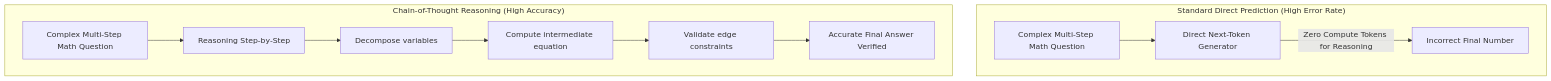
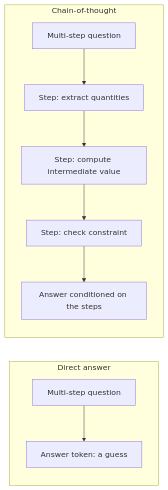
Diagram 12 of 28 in README.md (TheLearningHubOrg/learn-prompt-engineering), drawn with Mermaid before and after one commit. The commit also changed other lines of this file and 39 other files, not shown here.

````diff
--- a/README.md
+++ b/README.md
@@ -241,15 +1146,12 @@
 ```mermaid
-graph TD
-    subgraph "Standard Direct Prediction (High Error Rate)"
-        Q1["Complex Multi-Step Math Question"] --> LLM1["Direct Next-Token Generator"]
-        LLM1 -->|"Zero Compute Tokens for Reasoning"| A1["Incorrect Final Number"]
+flowchart LR
+    subgraph Direct["Direct answer"]
+        Q1["Multi-step question"] --> A1["Answer token: a guess"]
     end
-
-    subgraph "Chain-of-Thought Reasoning (High Accuracy)"
-        Q2["Complex Multi-Step Math Question"] --> LLM2["Reasoning Step-by-Step"]
-        LLM2 --> STEP1["Decompose variables"]
-        STEP1 --> STEP2["Compute intermediate equation"]
-        STEP2 --> STEP3["Validate edge constraints"]
-        STEP3 --> A2["Accurate Final Answer Verified"]
+    subgraph CoT["Chain-of-thought"]
+        Q2["Multi-step question"] --> S1["Step: extract quantities"]
+        S1 --> S2["Step: compute intermediate value"]
+        S2 --> S3["Step: check constraint"]
+        S3 --> A2["Answer conditioned on the steps"]
     end
 ```
````
